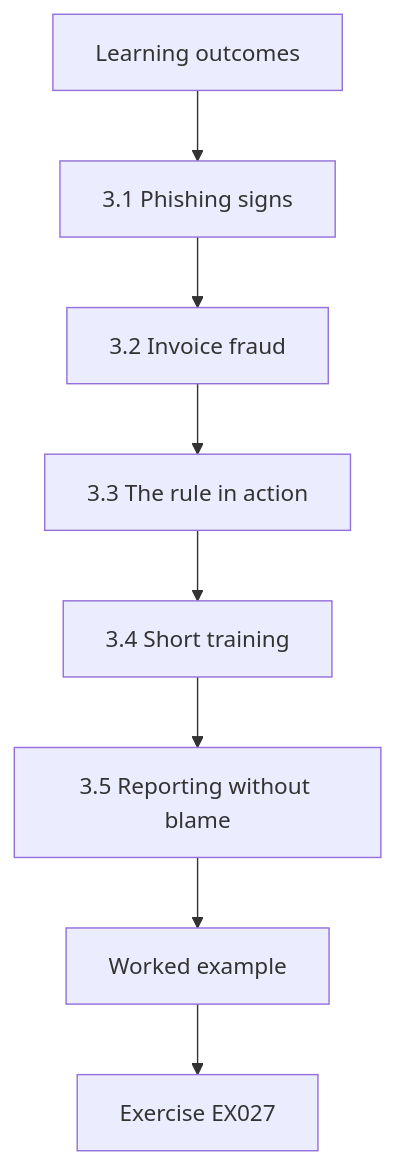
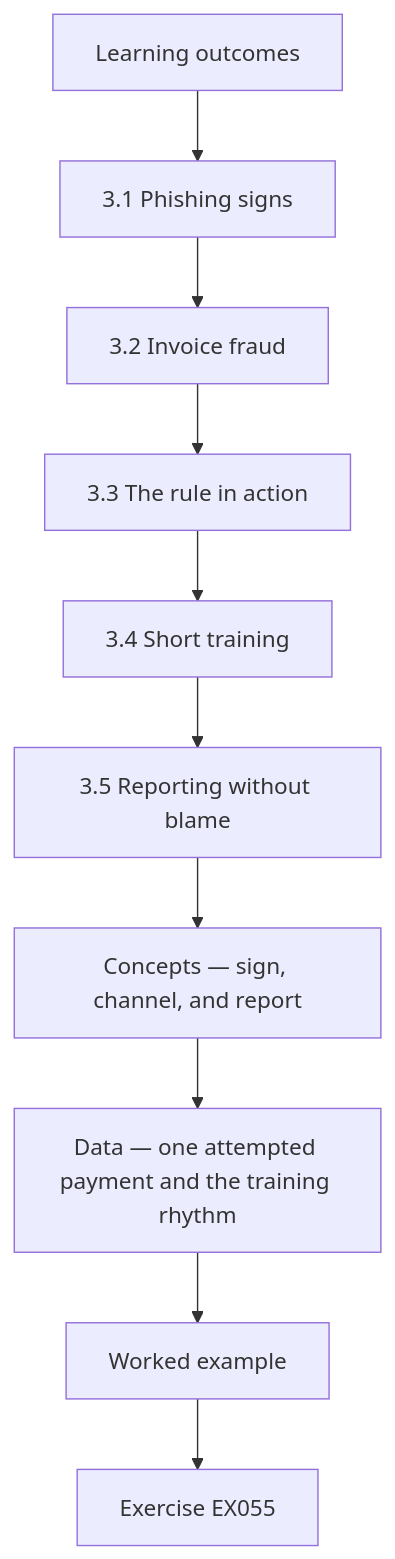
One commit to hiagokinlevi/CyKin changed the seventh of 12 diagrams in levels/rapid-1-month/information-security/en/book/MANUSCRIPT.md. Above: the diagram before and after it, drawn with Mermaid. The commit also changed other lines of this file and 1 other file, not shown here.

````diff
--- a/levels/rapid-1-month/information-security/en/book/MANUSCRIPT.md
+++ b/levels/rapid-1-month/information-security/en/book/MANUSCRIPT.md
@@ -312,12 +437,14 @@
 ```mermaid
 flowchart TD
   N0["Learning outcomes"]
   N1["3.1 Phishing signs"]
   N2["3.2 Invoice fraud"]
   N3["3.3 The rule in action"]
   N4["3.4 Short training"]
   N5["3.5 Reporting without blame"]
-  N0 --> N1 --> N2 --> N3 --> N4 --> N5
-  N5 --> EX["Worked example"]
-  EX --> Q["Exercise EX027"]
+  N6["Concepts — sign, channel, and report"]
+  N7["Data — one attempted payment and the training rhythm"]
+  N0 --> N1 --> N2 --> N3 --> N4 --> N5 --> N6 --> N7
+  N7 --> EX["Worked example"]
+  EX --> Q["Exercise EX055"]
 ```
````
